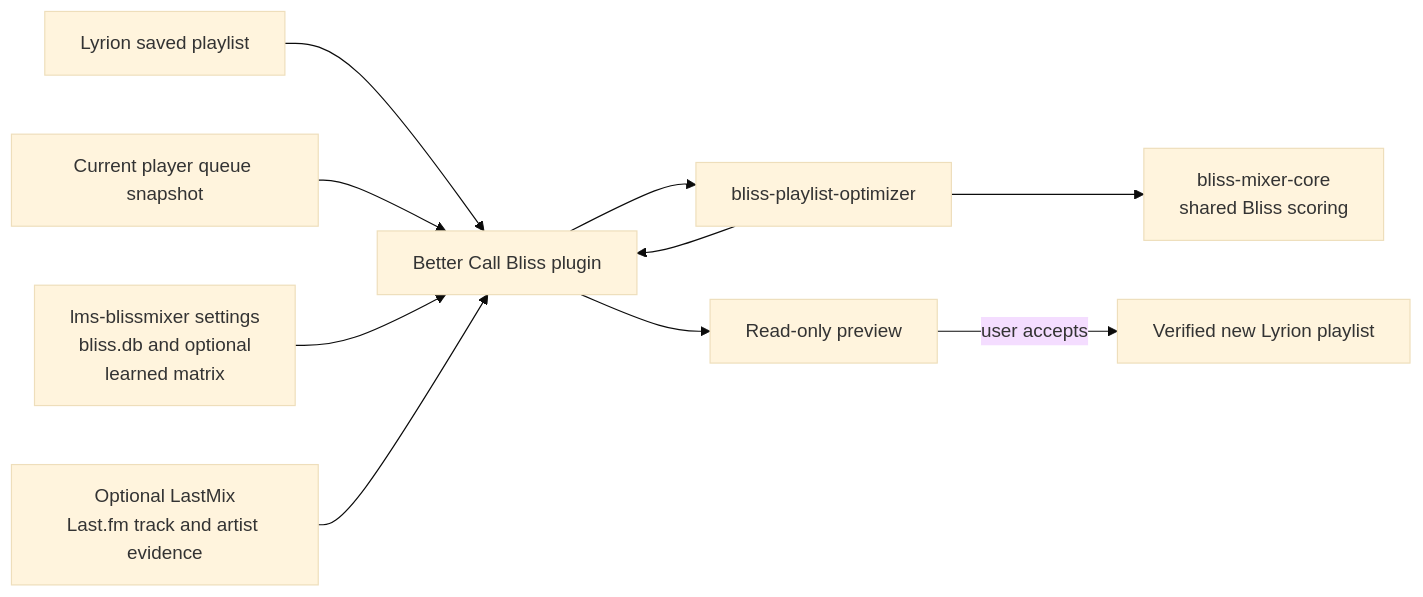
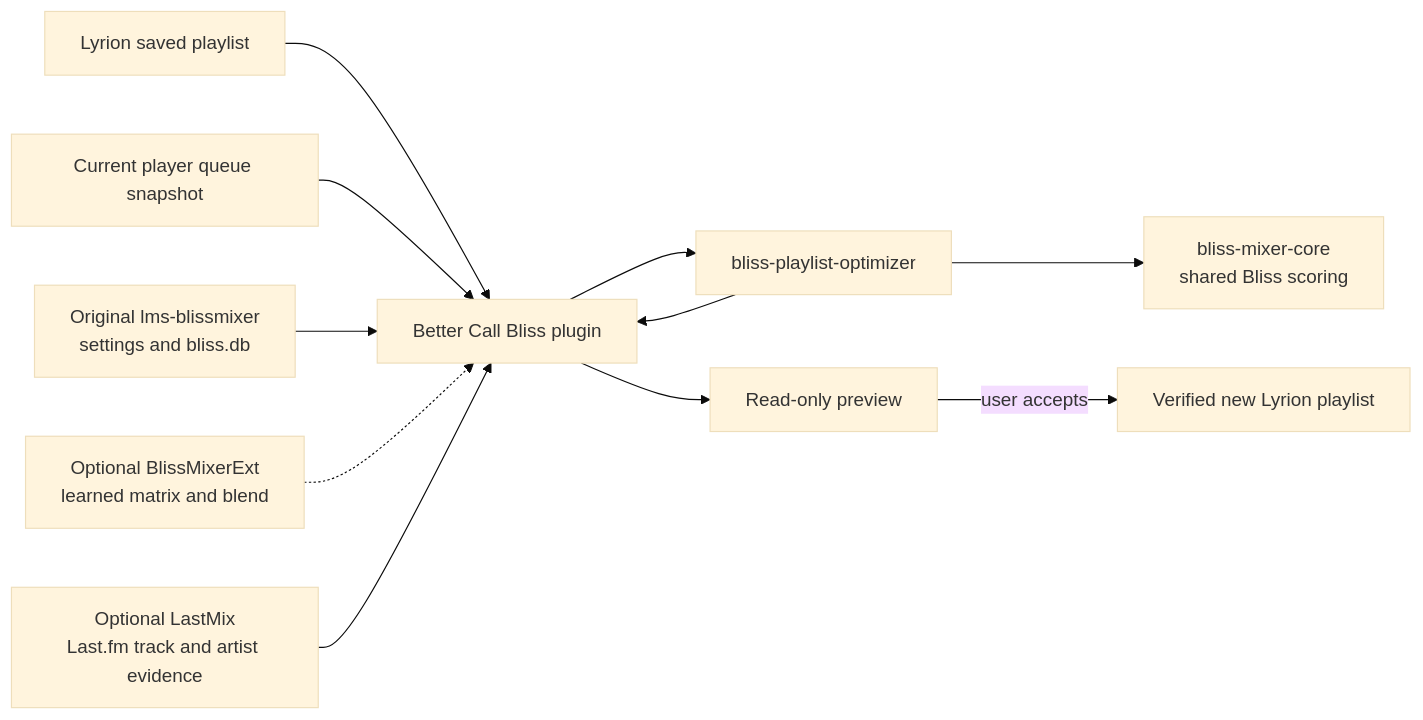
One commit to chrober/lms-better-call-bliss changed the diagram in README.md. Above: the diagram before and after it, drawn with Mermaid (base theme). The commit also changed other lines of this file and 17 other files, not shown here.

Commit message:
Support optional BlissMixerExt personalization

```diff
--- a/README.md
+++ b/README.md
@@ -184,12 +187,13 @@
 ~~~mermaid
 flowchart LR
     LMS["Lyrion saved playlist"] --> P["Better Call Bliss plugin"]
     Q["Current player queue snapshot"] --> P
-    BM["lms-blissmixer settings<br/>bliss.db and optional<br/>learned matrix"] --> P
+    BM["Original lms-blissmixer<br/>settings and bliss.db"] --> P
+    BME["Optional BlissMixerExt<br/>learned matrix and blend"] -.-> P
     LM["Optional LastMix<br/>Last.fm track and artist evidence"] --> P
     P --> O["bliss-playlist-optimizer"]
     O --> C["bliss-mixer-core<br/>shared Bliss scoring"]
     O --> P
     P --> V["Read-only preview"]
     V -->|"user accepts"| N["Verified new Lyrion playlist"]
 ~~~
```
